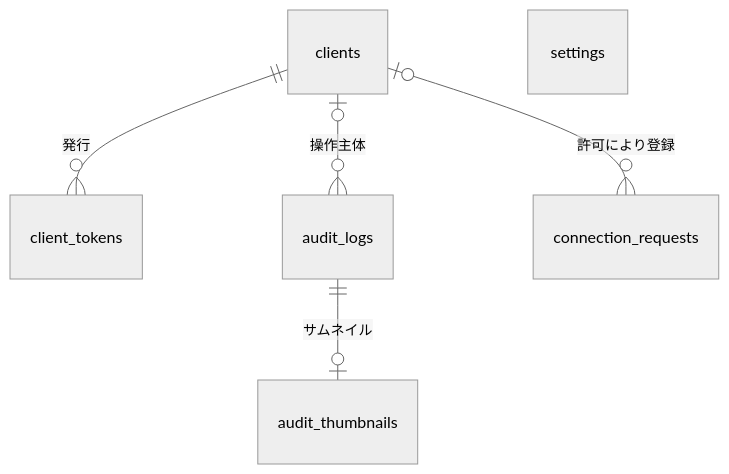
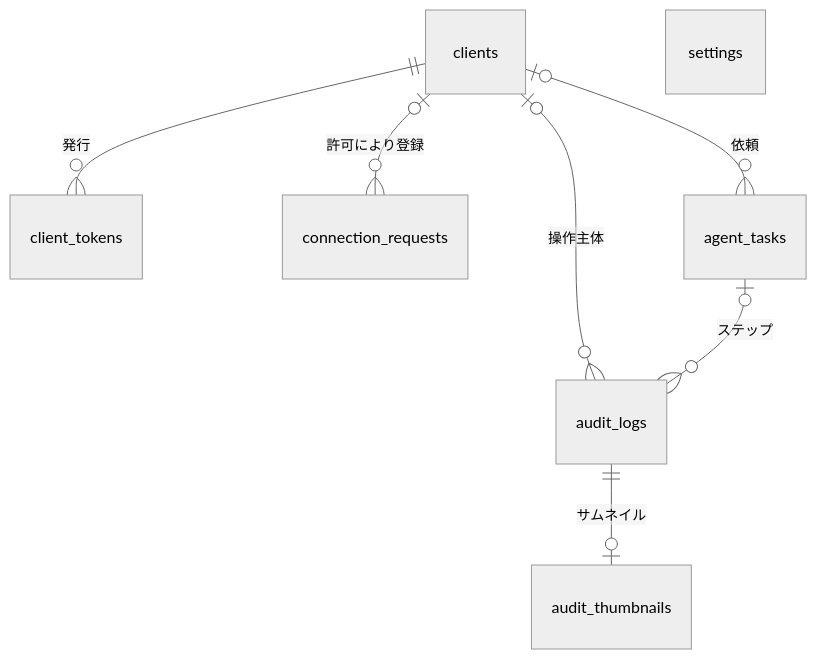
The first of 8 diagrams in docs/architecture/er.md (ousiassllc/puppet-remo), drawn with Mermaid (neutral theme) before and after one commit. The commit also changed other lines of this file and 4 other files, not shown here.

````diff
--- a/docs/architecture/er.md
+++ b/docs/architecture/er.md
@@ -21,8 +22,10 @@
 ```mermaid
 erDiagram
     clients ||--o{ client_tokens : "発行"
     clients |o--o{ audit_logs : "操作主体"
     clients |o--o{ connection_requests : "許可により登録"
+    clients |o--o{ agent_tasks : "依頼"
+    agent_tasks |o--o{ audit_logs : "ステップ"
     audit_logs ||--o| audit_thumbnails : "サムネイル"
     settings
 ```
````
